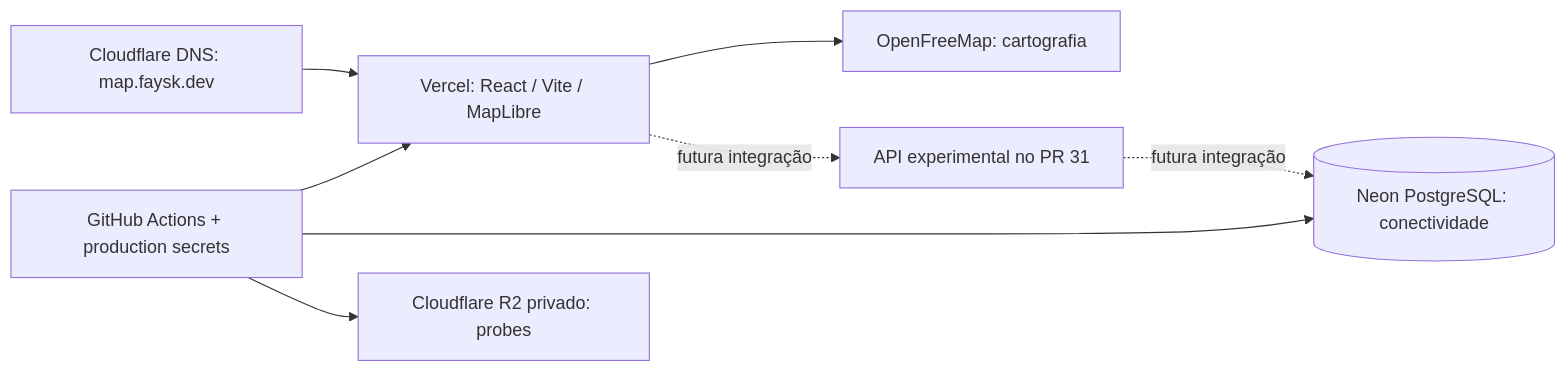
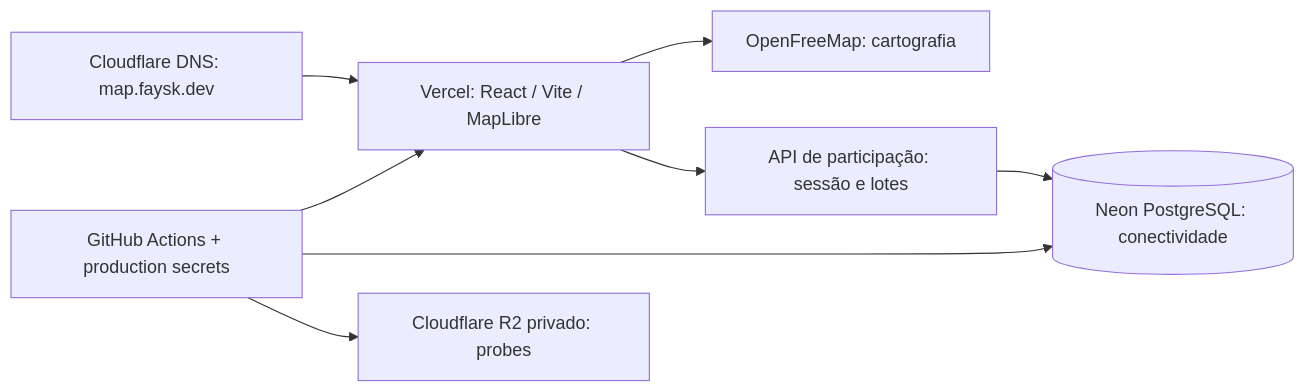
Before and after one commit to Faysk/world-pulse: the diagram in README.md, drawn with Mermaid. The commit also changed other lines of this file and 8 other files, not shown here.

````diff
--- a/README.md
+++ b/README.md
@@ -23,10 +23,10 @@
 ```mermaid
 flowchart LR
   DNS[Cloudflare DNS: map.faysk.dev] --> WEB[Vercel: React / Vite / MapLibre]
   WEB --> TILES[OpenFreeMap: cartografia]
   GH[GitHub Actions + production secrets] --> WEB
   GH --> DB[(Neon PostgreSQL: conectividade)]
   GH --> R2[Cloudflare R2 privado: probes]
-  API[API experimental no PR 31] -. futura integração .-> DB
-  WEB -. futura integração .-> API
+  API[API de participação: sessão e lotes] --> DB
+  WEB --> API
 ```
````
